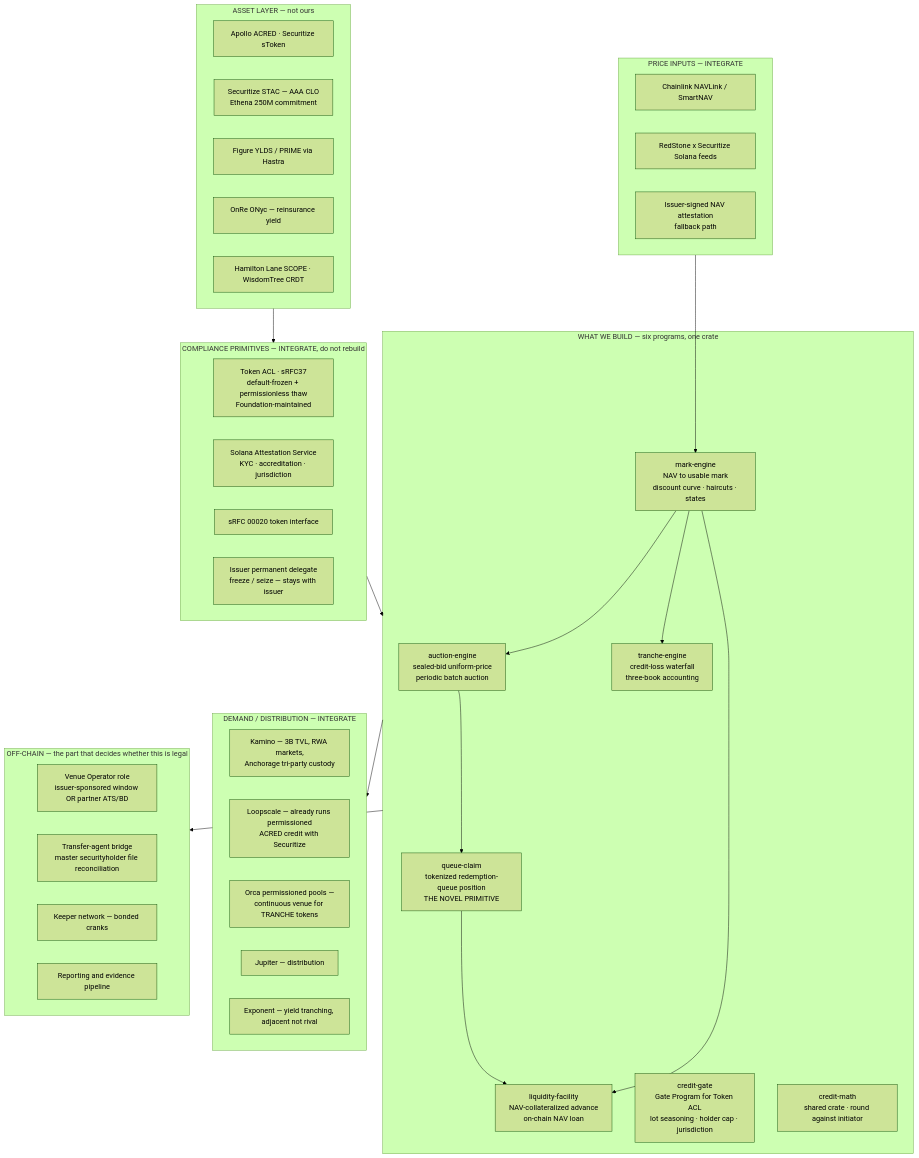
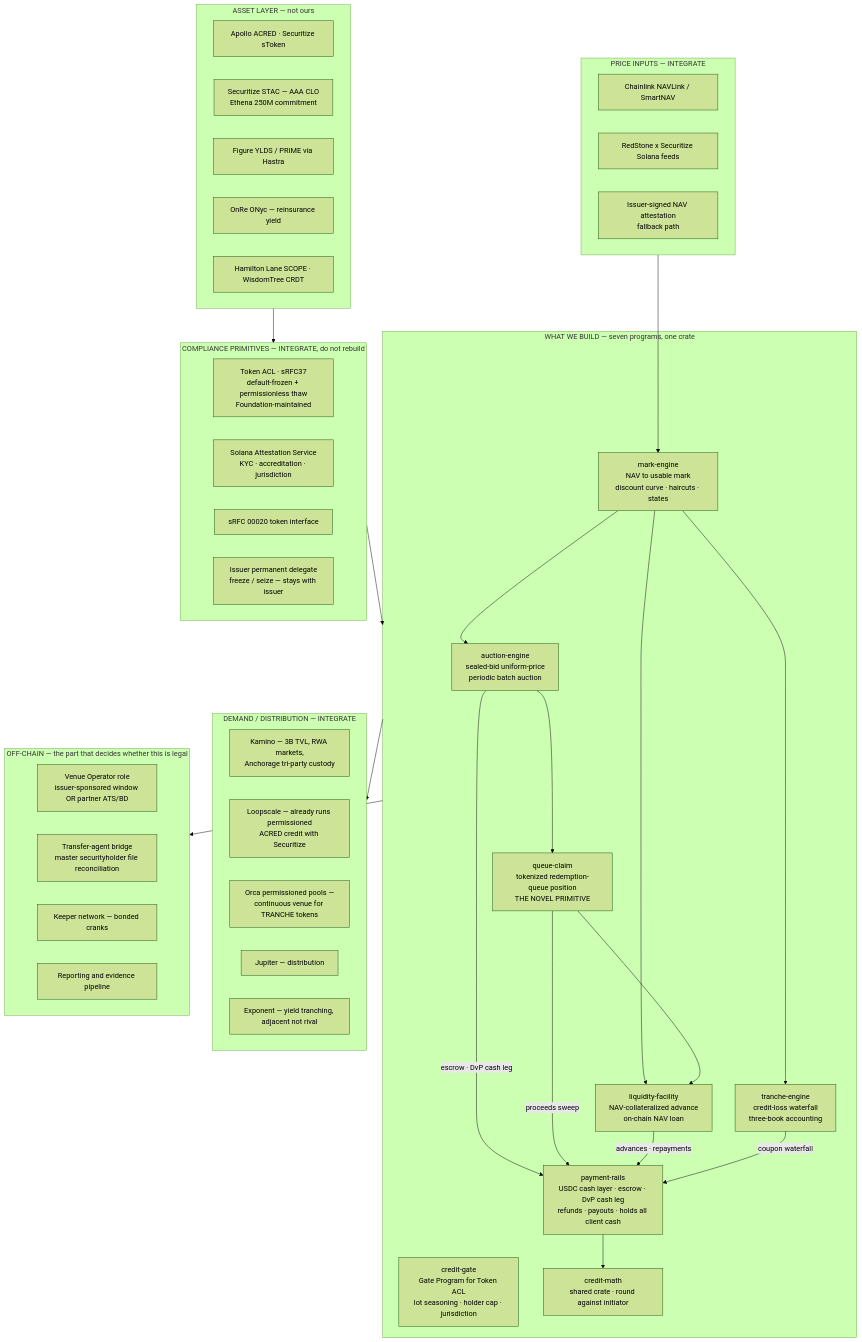
The first of 28 diagrams in preresearch/architecture/06-Solution-Architecture-v2.md (Srizdebnath/nundina), drawn with Mermaid (forest theme) before and after one commit. The commit also changed other lines of this file and 7 other files, not shown here.

````diff
--- a/preresearch/architecture/06-Solution-Architecture-v2.md
+++ b/preresearch/architecture/06-Solution-Architecture-v2.md
@@ -21,59 +21,65 @@
 ```mermaid
 flowchart TB
     subgraph L0["ASSET LAYER — not ours"]
         A1["Apollo ACRED · Securitize sToken"]
         A2["Securitize STAC — AAA CLO<br/>Ethena 250M commitment"]
         A3["Figure YLDS / PRIME via Hastra"]
         A4["OnRe ONyc — reinsurance yield"]
         A5["Hamilton Lane SCOPE · WisdomTree CRDT"]
     end
 
     subgraph L1["COMPLIANCE PRIMITIVES — INTEGRATE, do not rebuild"]
         C1["Token ACL · sRFC37<br/>default-frozen + permissionless thaw<br/>Foundation-maintained"]
         C2["Solana Attestation Service<br/>KYC · accreditation · jurisdiction"]
         C3["sRFC 00020 token interface"]
         C4["Issuer permanent delegate<br/>freeze / seize — stays with issuer"]
     end
 
     subgraph L2["PRICE INPUTS — INTEGRATE"]
         O1["Chainlink NAVLink / SmartNAV"]
         O2["RedStone x Securitize Solana feeds"]
         O3["Issuer-signed NAV attestation<br/>fallback path"]
     end
 
-    subgraph OURS["WHAT WE BUILD — six programs, one crate"]
+    subgraph OURS["WHAT WE BUILD — seven programs, one crate"]
         P1["auction-engine<br/>sealed-bid uniform-price<br/>periodic batch auction"]
         P2["mark-engine<br/>NAV to usable mark<br/>discount curve · haircuts · states"]
         P3["queue-claim<br/>tokenized redemption-queue position<br/>THE NOVEL PRIMITIVE"]
         P4["liquidity-facility<br/>NAV-collateralized advance<br/>on-chain NAV loan"]
         P5["tranche-engine<br/>credit-loss waterfall<br/>three-book accounting"]
         P6["credit-gate<br/>Gate Program for Token ACL<br/>lot seasoning · holder cap · jurisdiction"]
         P7["credit-math<br/>shared crate · round against initiator"]
+        P8["payment-rails<br/>USDC cash layer · escrow · DvP cash leg<br/>refunds · payouts · holds all client cash"]
     end
 
     subgraph L3["DEMAND / DISTRIBUTION — INTEGRATE"]
         R1["Kamino — 3B TVL, RWA markets,<br/>Anchorage tri-party custody"]
         R2["Loopscale — already runs permissioned<br/>ACRED credit with Securitize"]
         R3["Orca permissioned pools —<br/>continuous venue for TRANCHE tokens"]
         R4["Jupiter — distribution"]
         R5["Exponent — yield tranching, adjacent not rival"]
     end
 
     subgraph L4["OFF-CHAIN — the part that decides whether this is legal"]
         X1["Venue Operator role<br/>issuer-sponsored window OR partner ATS/BD"]
         X2["Transfer-agent bridge<br/>master securityholder file reconciliation"]
         X3["Keeper network — bonded cranks"]
         X4["Reporting and evidence pipeline"]
     end
 
     L0 --> L1
     L1 --> OURS
     L2 --> P2
     P2 --> P1
     P2 --> P4
     P2 --> P5
     P1 --> P3
     P3 --> P4
+    P1 -->|"escrow · DvP cash leg"| P8
+    P3 -->|"proceeds sweep"| P8
+    P4 -->|"advances · repayments"| P8
+    P5 -->|"coupon waterfall"| P8
+    P8 --> P7
     OURS --> L3
     OURS --> L4
 ```
````
